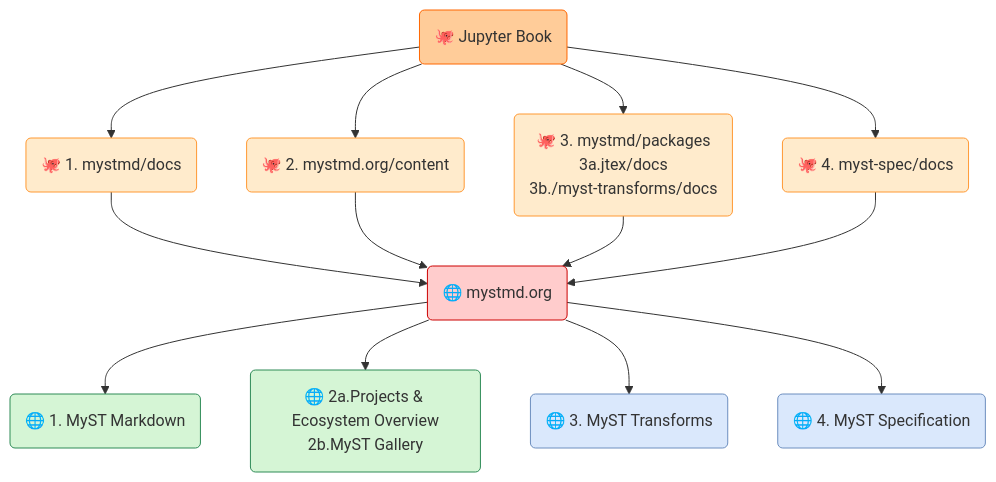
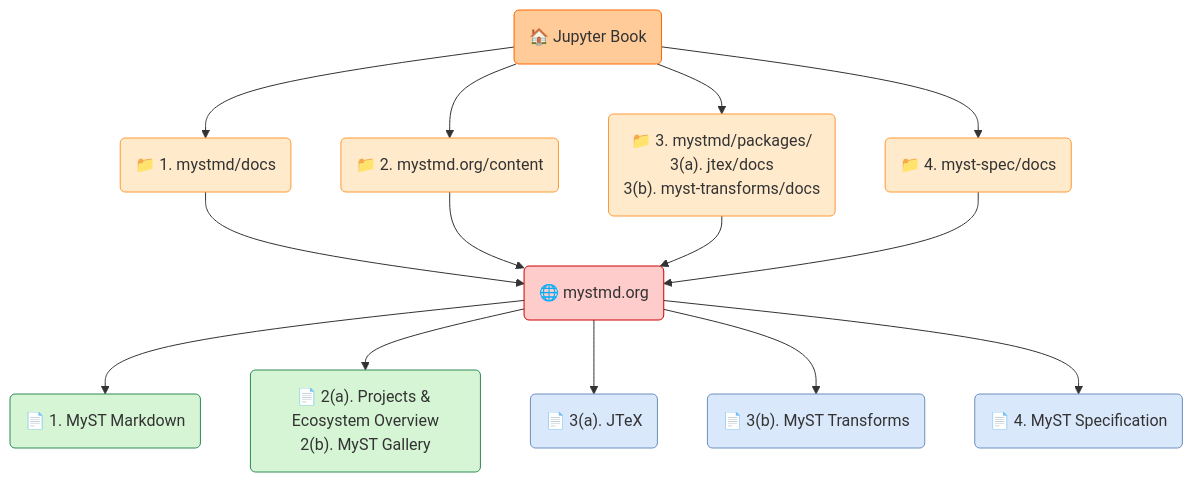
One commit to sbonaretti/jupyter-book-blog changed the fourth of 4 diagrams in docs/posts/2026/03-cm-jb-myst-docs.md. Above: the diagram before and after it, drawn with Mermaid. The commit also changed other lines of this file and 2 other files, not shown here.

````diff
--- a/docs/posts/2026/03-cm-jb-myst-docs.md
+++ b/docs/posts/2026/03-cm-jb-myst-docs.md
@@ -118,53 +166,55 @@
 ```mermaid
 flowchart TD;
     
     %% organization
-    JB("🐙 Jupyter Book")
+    JB("🏠 Jupyter Book")
 
     %% repos
-    myst_main_repo("🐙 1. mystmd/docs")
-    myst_org_repo("🐙 2. mystmd.org/content")
-    myst_tran_repo("🐙 3. mystmd/packages<br>3a.jtex/docs<br>3b./myst-transforms/docs")
-    myst_specs_repo("🐙 4. myst-spec/docs")
+    myst_main_repo("📁 1. mystmd/docs")
+    myst_org_repo("📁 2. mystmd.org/content")
+    myst_tran_repo("📁 3. mystmd/packages/<br>3(a). jtex/docs<br>3(b). myst-transforms/docs")
+    myst_specs_repo("📁 4. myst-spec/docs")
     
     %% websites
     myst_org_ws("🌐 mystmd.org")
 
     %% sections
-    myst_main("🌐 1. MyST Markdown")
-    myst_org("🌐 2a.Projects & Ecosystem Overview<br>2b.MyST Gallery")
-    myst_tran("🌐 3. MyST Transforms")
-    myst_specs("🌐 4. MyST Specification")
+    myst_main("📄 1. MyST Markdown")
+    myst_org("📄 2(a). Projects & Ecosystem Overview<br>2(b). MyST Gallery")
+    myst_jtex("📄 3(a). JTeX")
+    myst_tran("📄 3(b). MyST Transforms")
+    myst_specs("📄 4. MyST Specification")
         
     %% links organization-to-repo
     JB-->myst_main_repo
     JB-->myst_org_repo
     JB-->myst_tran_repo
     JB-->myst_specs_repo
 
     %% links repo-to-websites
     myst_main_repo-->myst_org_ws
     myst_org_repo-->myst_org_ws
     myst_tran_repo-->myst_org_ws
     myst_specs_repo-->myst_org_ws
 
     %%links website-to-section
     myst_org_ws-->myst_main
     myst_org_ws-->myst_org
+    myst_org_ws-->myst_jtex
     myst_org_ws-->myst_tran
     myst_org_ws-->myst_specs
      
     %% colors
     classDef orange fill:#ffcc99,stroke:#ff6600,stroke-width:2px //orange
         class JB orange
     classDef lightorange fill:#ffebcc, stroke:#ff9933, stroke-width:2px // light orange
         class myst_main_repo,myst_org_repo,myst_tran_repo,myst_specs_repo lightorange
     classDef red fill:#ffcccc,stroke:#cc0000,stroke-width:2px // red    
         class JB_org_ws,myst_org_ws,myst_ep_ws,myst_netlify red
     classDef yellow fill:#fff2cc,stroke:#d6b656,stroke-width:2px // yellow    
         class JB_UG yellow
     classDef green fill:#d5f5d5,stroke:#2e8b57,stroke-width:2px // green
         class myst_org,myst_main green
     classDef blue fill:#dae8fc,stroke:#6c8ebf,stroke-width:2px // blue
-        class myst_theme,myst_tran,myst_specs blue
+        class myst_theme,myst_jtex,myst_tran,myst_specs blue
 ```
````
